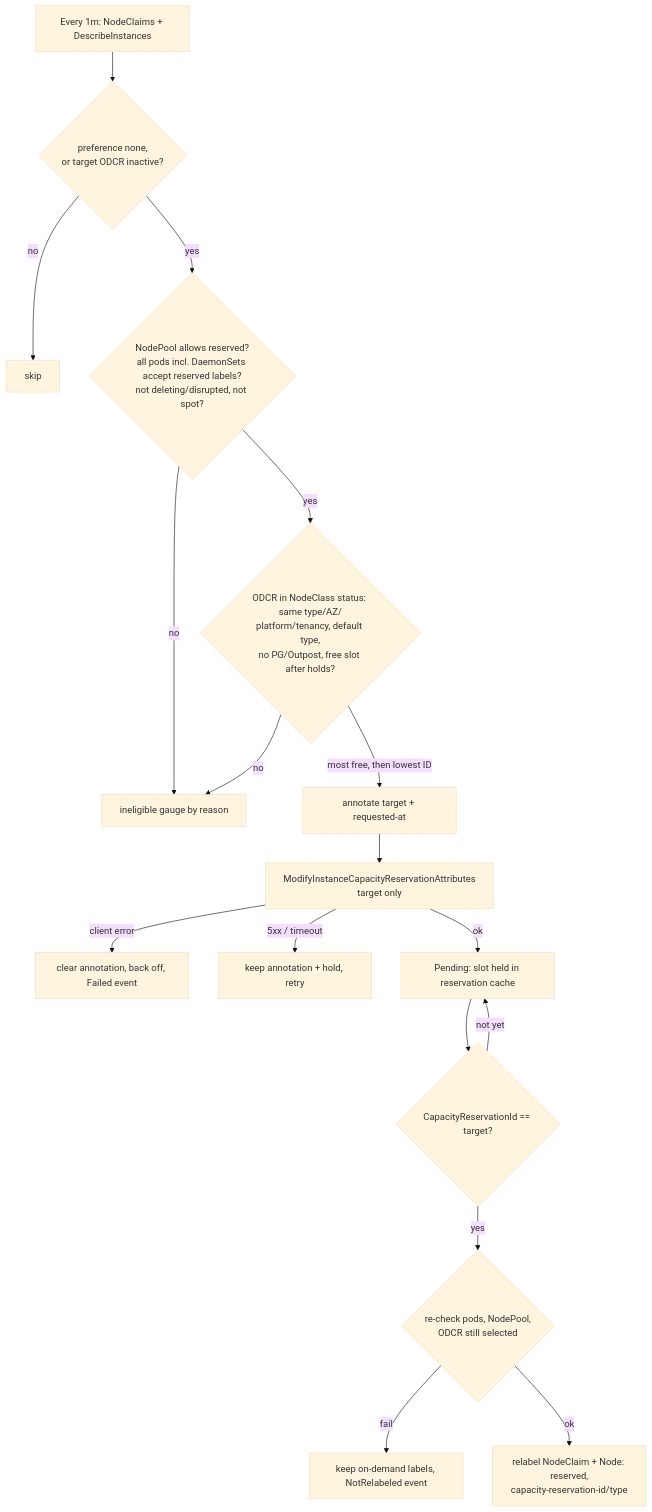
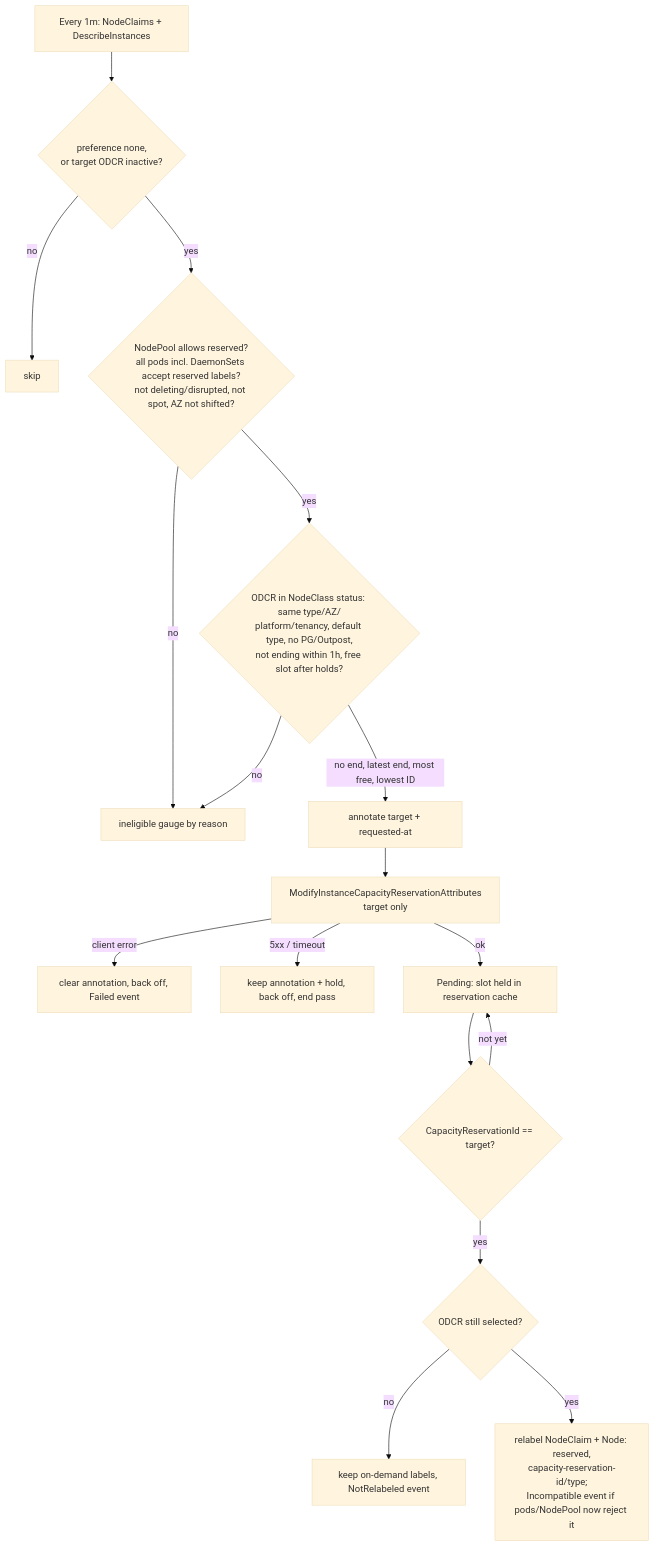
The first of 2 diagrams in designs/odcr-inplace-migration.md (Sarthug99/karpenter-provider-aws), drawn with Mermaid (base theme) before and after one commit. The commit also changed other lines of this file and 26 other files, not shown here.

First line of the commit message:
fix: address review findings for in-place capacity reservation migration

````diff
--- a/designs/odcr-inplace-migration.md
+++ b/designs/odcr-inplace-migration.md
@@ -39,19 +39,19 @@
 ```mermaid
 flowchart TD
   A[Every 1m: NodeClaims + DescribeInstances] --> B{preference none,<br/>or target ODCR inactive?}
   B -- no --> Z[skip]
-  B -- yes --> C{NodePool allows reserved?<br/>all pods incl. DaemonSets accept reserved labels?<br/>not deleting/disrupted, not spot?}
+  B -- yes --> C{NodePool allows reserved?<br/>all pods incl. DaemonSets accept reserved labels?<br/>not deleting/disrupted, not spot, AZ not shifted?}
   C -- no --> M[ineligible gauge by reason]
-  C -- yes --> D{ODCR in NodeClass status: same type/AZ/<br/>platform/tenancy, default type,<br/>no PG/Outpost, free slot after holds?}
+  C -- yes --> D{ODCR in NodeClass status: same type/AZ/<br/>platform/tenancy, default type, no PG/Outpost,<br/>not ending within 1h, free slot after holds?}
   D -- no --> M
-  D -- most free, then lowest ID --> E[annotate target + requested-at]
+  D -- no end, latest end, most free, lowest ID --> E[annotate target + requested-at]
   E --> F[ModifyInstanceCapacityReservationAttributes<br/>target only]
   F -- client error --> G[clear annotation, back off, Failed event]
-  F -- 5xx / timeout --> H[keep annotation + hold, retry]
+  F -- 5xx / timeout --> H[keep annotation + hold, back off, end pass]
   F -- ok --> I[Pending: slot held in reservation cache]
   I --> J{CapacityReservationId == target?}
   J -- not yet --> I
-  J -- yes --> K{re-check pods, NodePool,<br/>ODCR still selected}
-  K -- fail --> L[keep on-demand labels, NotRelabeled event]
-  K -- ok --> N[relabel NodeClaim + Node: reserved,<br/>capacity-reservation-id/type]
+  J -- yes --> K{ODCR still selected?}
+  K -- no --> L[keep on-demand labels, NotRelabeled event]
+  K -- yes --> N[relabel NodeClaim + Node: reserved,<br/>capacity-reservation-id/type;<br/>Incompatible event if pods/NodePool now reject it]
 ```
````
